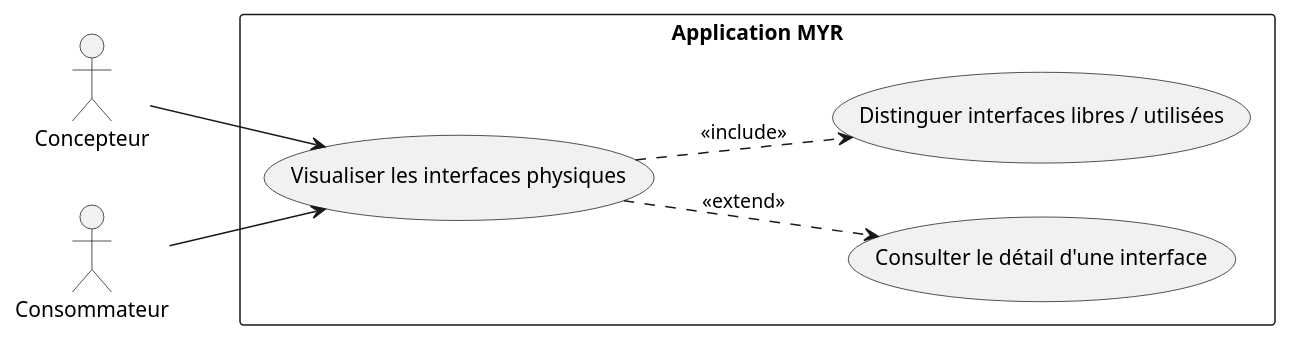
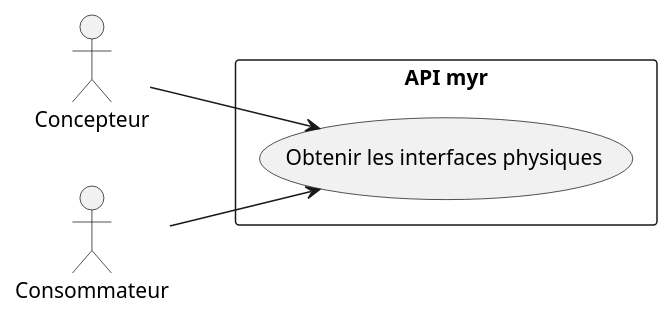
One commit to olivaux/myr changed the first of 2 diagrams in specs/2-Analyse/UCAM-Atelier_Module/UCAM02.md. Above: the diagram before and after it, drawn with PlantUML. The commit also changed other lines of this file and 72 other files, not shown here.

````diff
--- a/specs/2-Analyse/UCAM-Atelier_Module/UCAM02.md
+++ b/specs/2-Analyse/UCAM-Atelier_Module/UCAM02.md
@@ -14,20 +14,16 @@
 ```plantuml
 @startuml
 left to right direction
 
 actor "Concepteur" as C
 actor "Consommateur" as CL
 
-rectangle "Application MYR" {
-    usecase "Visualiser les interfaces physiques" as UC1
-    usecase "Consulter le détail d'une interface" as UC2
-    usecase "Distinguer interfaces libres / utilisées" as UC3
+rectangle "API myr" {
+    usecase "Obtenir les interfaces physiques" as UC1
 }
 
 C --> UC1
 CL --> UC1
-UC1 ..> UC2 : <<extend>>
-UC1 ..> UC3 : <<include>>
 
 @enduml
 ```
````
